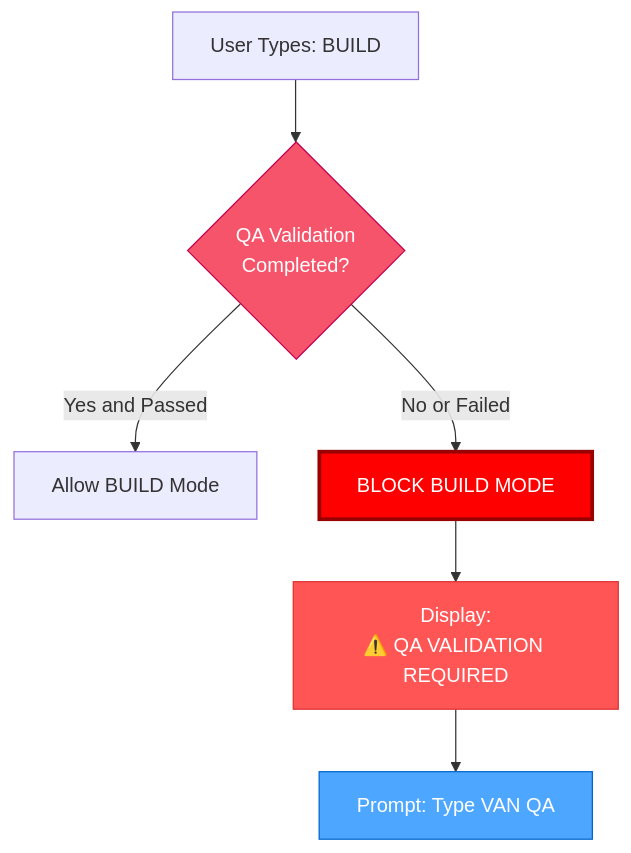
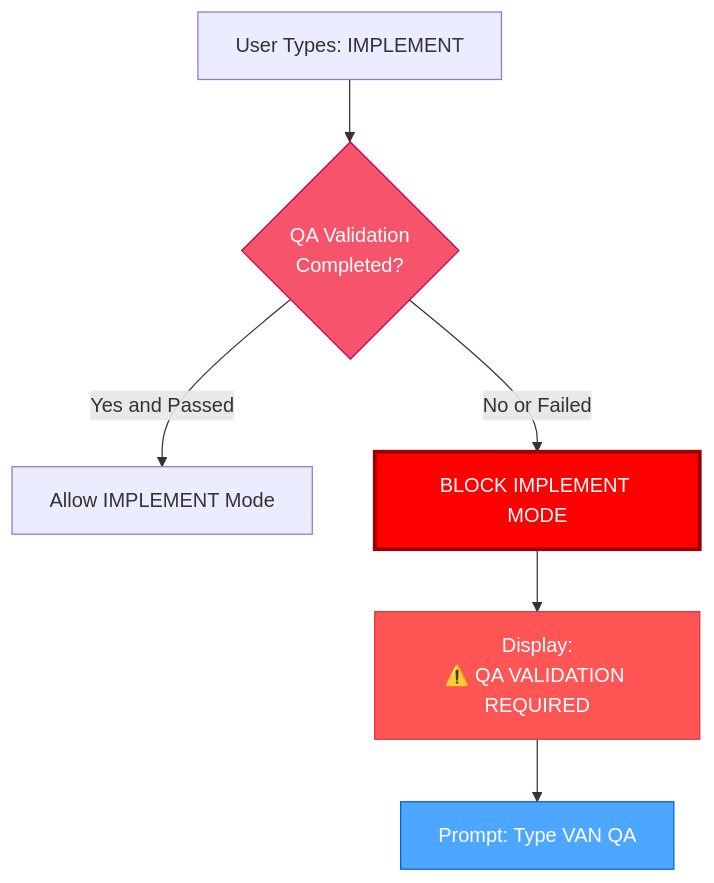
One commit to jedita/cursor-memory-bank changed the diagram in .cursor/rules/isolation_rules/visual-maps/van_mode_split/van-qa-utils/mode-transitions.mdc. Above: the diagram before and after it, drawn with Mermaid. The commit also changed other lines of this file and 20 other files, not shown here.

````diff
--- a/.cursor/rules/isolation_rules/visual-maps/van_mode_split/van-qa-utils/mode-transitions.mdc
+++ b/.cursor/rules/isolation_rules/visual-maps/van_mode_split/van-qa-utils/mode-transitions.mdc
@@ -14,13 +14,13 @@
 ```mermaid
 graph TD
-    Start["User Types: BUILD"] --> CheckQA{"QA Validation<br>Completed?"}
-    CheckQA -->|"Yes and Passed"| AllowBuild["Allow BUILD Mode"]
-    CheckQA -->|"No or Failed"| BlockBuild["BLOCK BUILD MODE"]
+    Start["User Types: IMPLEMENT"] --> CheckQA{"QA Validation<br>Completed?"}
+    CheckQA -->|"Yes and Passed"| AllowBuild["Allow IMPLEMENT Mode"]
+    CheckQA -->|"No or Failed"| BlockBuild["BLOCK IMPLEMENT MODE"]
     BlockBuild --> Message["Display:<br>⚠️ QA VALIDATION REQUIRED"]
     Message --> ReturnToVANQA["Prompt: Type VAN QA"]
     
     style CheckQA fill:#f6546a,stroke:#c30052,color:white
     style BlockBuild fill:#ff0000,stroke:#990000,color:white,stroke-width:3px
     style Message fill:#ff5555,stroke:#dd3333,color:white
     style ReturnToVANQA fill:#4da6ff,stroke:#0066cc,color:white
 ```
````
